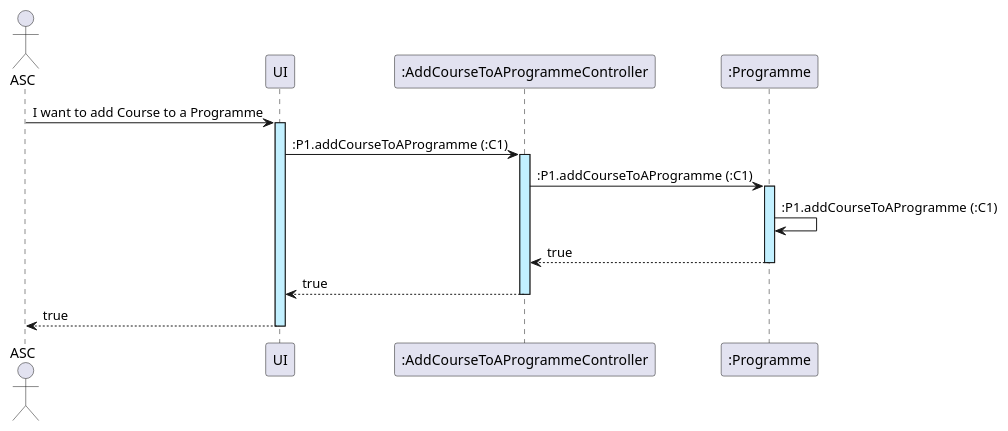
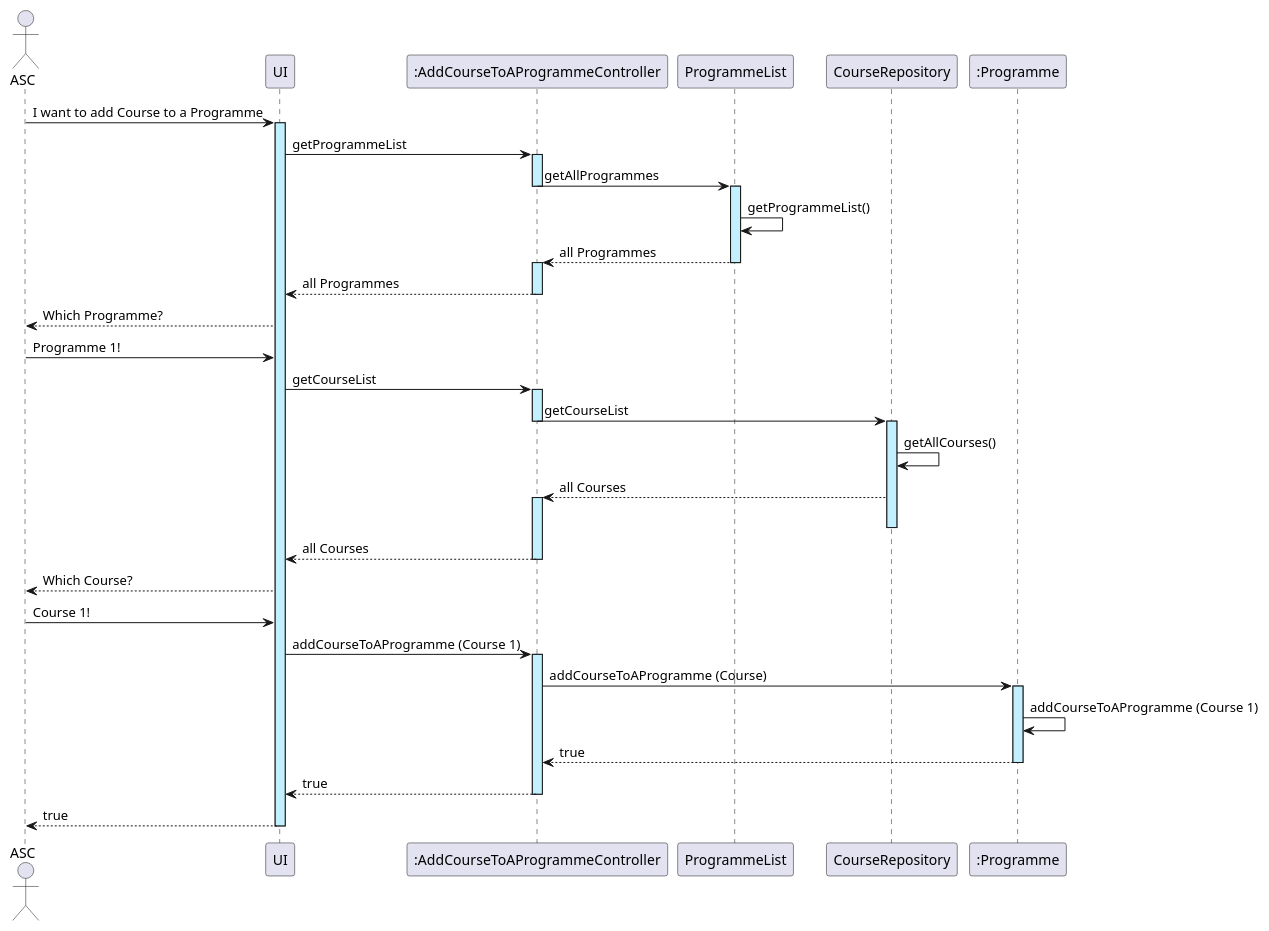
Before and after one commit to GasparISEP/DevOps-PAI: the diagram in docs/sequenceDiagrams/US03/US03_AddCourseToAProgrammeSD.puml, drawn with PlantUML.

Commit message:
Update US03 sequence diagram.

```diff
--- a/docs/sequenceDiagrams/US03/US03_AddCourseToAProgrammeSD.puml
+++ b/docs/sequenceDiagrams/US03/US03_AddCourseToAProgrammeSD.puml
@@ -1,19 +1,47 @@
 @startuml
 actor ASC
 
 ASC -> UI ++ #application : I want to add Course to a Programme
 
+UI -> ":AddCourseToAProgrammeController" ++ #application: getProgrammeList
 
-UI -> ":AddCourseToAProgrammeController" ++ #application : :P1.addCourseToAProgramme (:C1)
+":AddCourseToAProgrammeController" -> ProgrammeList --++ #application: getAllProgrammes
 
-":AddCourseToAProgrammeController" -> ":Programme" ++ #application : :P1.addCourseToAProgramme (:C1)
+ProgrammeList -> ProgrammeList : getProgrammeList()
 
-":Programme" -> ":Programme"  #application : :P1.addCourseToAProgramme (:C1)
+ProgrammeList --> ":AddCourseToAProgrammeController" --++ #application: all Programmes
+
+":AddCourseToAProgrammeController" --> UI --: all Programmes
+
+UI --> ASC : Which Programme?
+
+ASC -> UI: Programme 1!
+
+UI -> ":AddCourseToAProgrammeController" ++ #application: getCourseList
+
+":AddCourseToAProgrammeController" -> CourseRepository --++ #application: getCourseList
+
+CourseRepository -> CourseRepository : getAllCourses()
+
+CourseRepository --> ":AddCourseToAProgrammeController" ++-- #application: all Courses
+
+":AddCourseToAProgrammeController" --> UI -- : all Courses
+
+UI --> ASC : Which Course?
+
+ASC -> UI : Course 1!
+
+
+UI -> ":AddCourseToAProgrammeController" ++ #application : addCourseToAProgramme (Course 1)
+
+":AddCourseToAProgrammeController" -> ":Programme" ++ #application : addCourseToAProgramme (Course)
+
+":Programme" -> ":Programme"  #application : addCourseToAProgramme (Course 1)
 
 ":Programme" --> ":AddCourseToAProgrammeController" --: true
 
 ":AddCourseToAProgrammeController" --> UI  --: true
 
 UI --> ASC --: true
 
 @enduml
```
